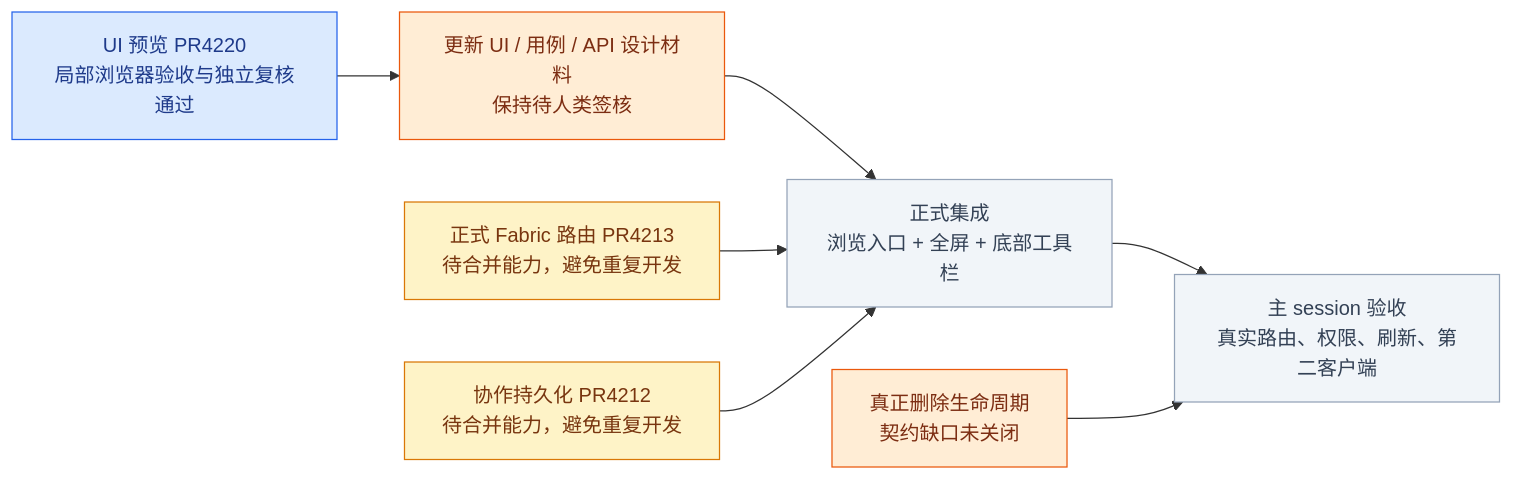
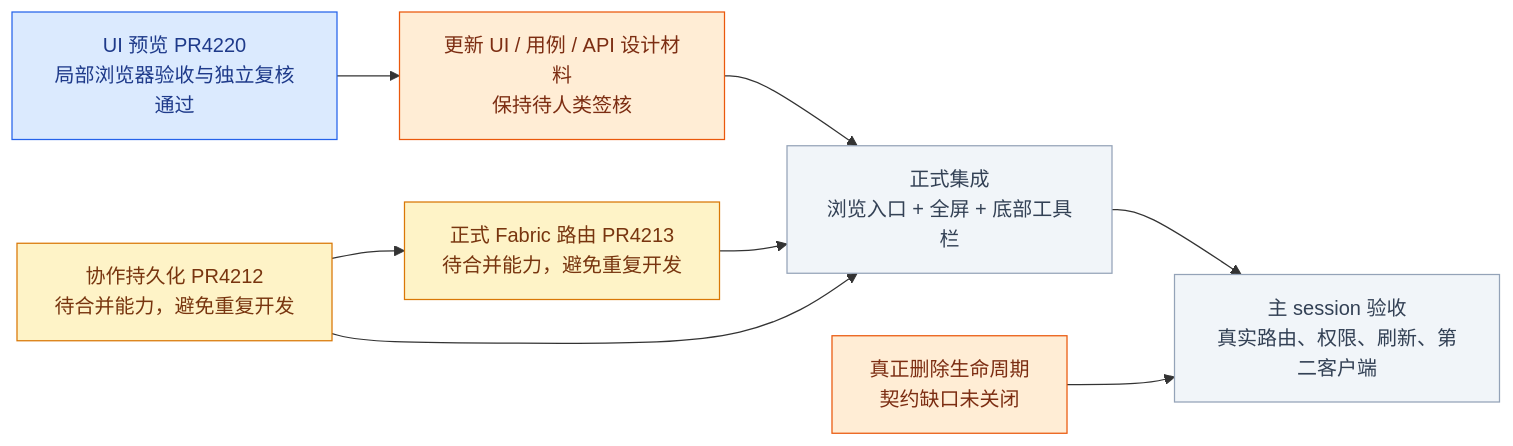
Before and after one commit to boardx/workspacex: the second of 2 diagrams in phases/phase-19-board-visual-workspace/design-deltas/2026-09-26-library-bottom-dock.md, drawn with Mermaid.

Commit message:
docs(board): show collaboration prerequisite for Fabric route

````diff
--- a/phases/phase-19-board-visual-workspace/design-deltas/2026-09-26-library-bottom-dock.md
+++ b/phases/phase-19-board-visual-workspace/design-deltas/2026-09-26-library-bottom-dock.md
@@ -123,16 +123,17 @@
 ```mermaid
 flowchart LR
     U["UI 预览 PR4220<br/>局部浏览器验收与独立复核通过"]:::reviewed
     F["正式 Fabric 路由 PR4213<br/>待合并能力，避免重复开发"]:::pending
     Y["协作持久化 PR4212<br/>待合并能力，避免重复开发"]:::pending
     U --> D["更新 UI / 用例 / API 设计材料<br/>保持待人类签核"]:::design
     D --> I["正式集成<br/>浏览入口 + 全屏 + 底部工具栏"]:::backlog
+    Y --> F
     F --> I
     Y --> I
     I --> V["主 session 验收<br/>真实路由、权限、刷新、第二客户端"]:::backlog
     X["真正删除生命周期<br/>契约缺口未关闭"]:::design --> V
     classDef reviewed fill:#dbeafe,stroke:#2563eb,color:#1e3a8a
     classDef pending fill:#fef3c7,stroke:#d97706,color:#78350f
     classDef design fill:#ffedd5,stroke:#ea580c,color:#7c2d12
     classDef backlog fill:#f1f5f9,stroke:#94a3b8,color:#334155
 ```
````
